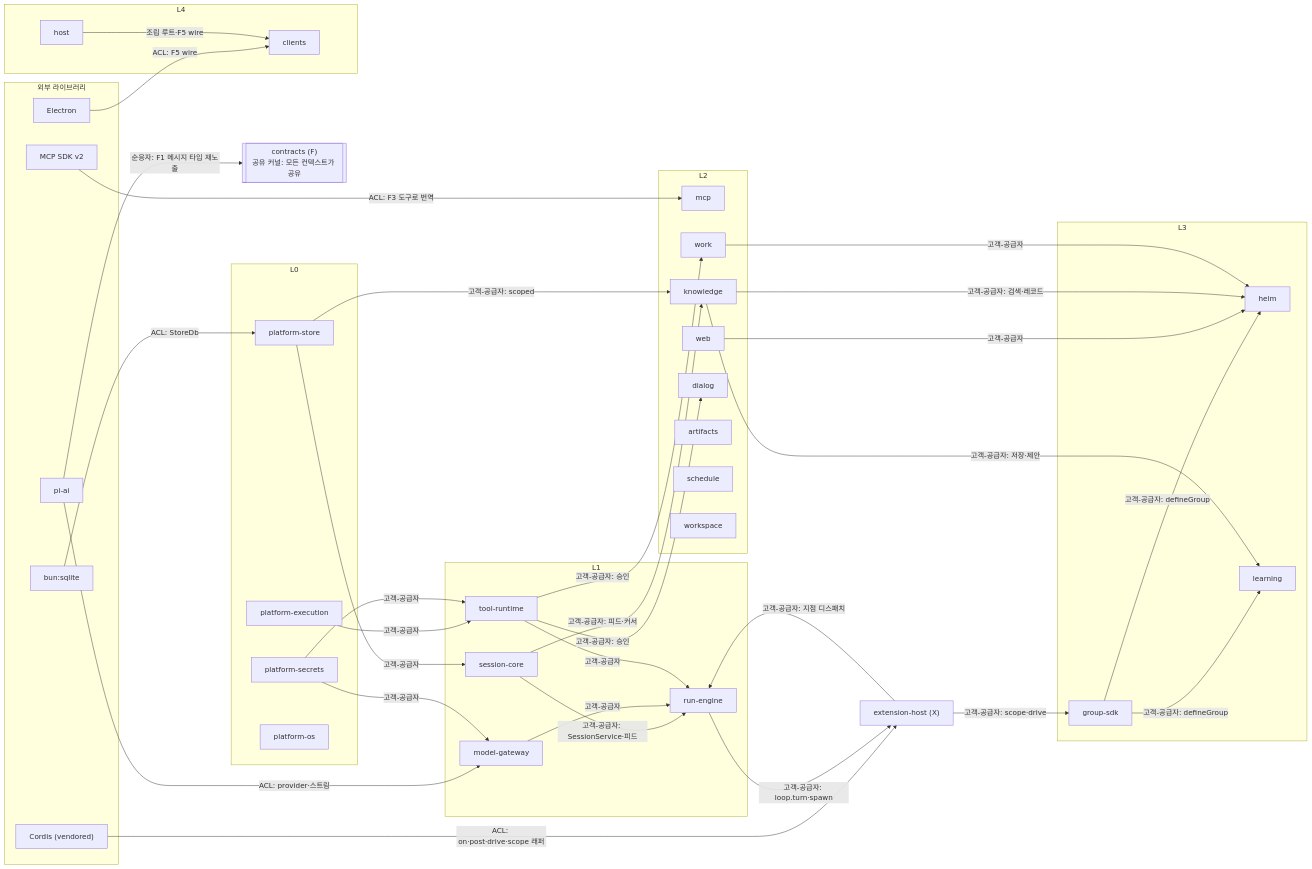
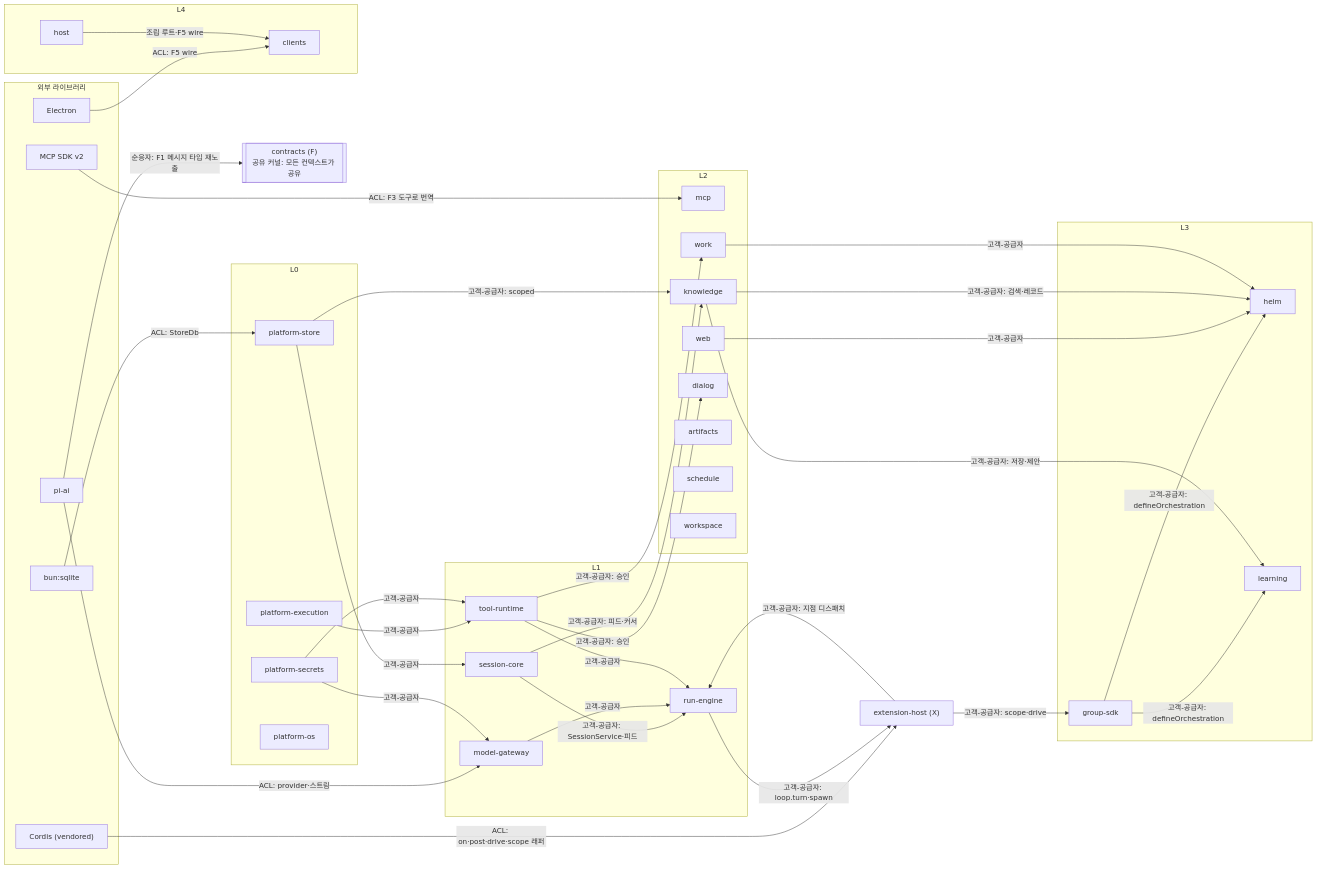
The first of 2 diagrams in docs/xeon/engineering/context-map/design.md (Rengod95/Helm-Agent_Docs_OS), drawn with Mermaid before and after one commit. The commit also changed other lines of this file and 404 other files, not shown here.

````diff
--- a/docs/xeon/engineering/context-map/design.md
+++ b/docs/xeon/engineering/context-map/design.md
@@ -87,72 +87,72 @@
 ```mermaid
 flowchart LR
   subgraph EXTLIB["외부 라이브러리"]
     PIAI["pi-ai"]
     MCPSDK["MCP SDK v2"]
     ELECTRON["Electron"]
     CORDIS["Cordis (vendored)"]
     SQLITE["bun:sqlite"]
   end
   F[["contracts (F)<br/>공유 커널: 모든 컨텍스트가 공유"]]
   subgraph L0["L0"]
     ST["platform-store"]
     PX["platform-execution"]
     SE["platform-secrets"]
     OS["platform-os"]
   end
   XH["extension-host (X)"]
   subgraph L1["L1"]
     SC["session-core"]
     RE["run-engine"]
     MG["model-gateway"]
     TR["tool-runtime"]
   end
   subgraph L2["L2"]
     MCP["mcp"]
     WEB["web"]
     KN["knowledge"]
     WK["work"]
     DL["dialog"]
     AR["artifacts"]
     SH["schedule"]
     WS["workspace"]
   end
   subgraph L3["L3"]
     GK["group-sdk"]
     HE["helm"]
     LE["learning"]
   end
   subgraph L4["L4"]
     CL["clients"]
     HO["host"]
   end
 
   SQLITE -->|"ACL: StoreDb"| ST
   CORDIS -->|"ACL: on·post·drive·scope 래퍼"| XH
   PIAI -->|"순응자: F1 메시지 타입 재노출"| F
   PIAI -->|"ACL: provider·스트림"| MG
   MCPSDK -->|"ACL: F3 도구로 번역"| MCP
   ELECTRON -->|"ACL: F5 wire"| CL
 
   ST -->|"고객-공급자"| SC
   ST -->|"고객-공급자: scoped"| KN
   PX -->|"고객-공급자"| TR
   SE -->|"고객-공급자"| TR
   SE -->|"고객-공급자"| MG
   SC -->|"고객-공급자: SessionService·피드"| RE
   SC -->|"고객-공급자: 피드·커서"| KN
   MG -->|"고객-공급자"| RE
   TR -->|"고객-공급자"| RE
   XH -->|"고객-공급자: 지점 디스패치"| RE
   RE -->|"고객-공급자: loop.turn·spawn"| XH
   TR -->|"고객-공급자: 승인"| DL
   TR -->|"고객-공급자: 승인"| WK
   XH -->|"고객-공급자: scope·drive"| GK
-  GK -->|"고객-공급자: defineGroup"| HE
-  GK -->|"고객-공급자: defineGroup"| LE
+  GK -->|"고객-공급자: defineOrchestration"| HE
+  GK -->|"고객-공급자: defineOrchestration"| LE
   WEB -->|"고객-공급자"| HE
   KN -->|"고객-공급자: 검색·레코드"| HE
   KN -->|"고객-공급자: 저장·제안"| LE
   WK -->|"고객-공급자"| HE
   HO -->|"조립 루트·F5 wire"| CL
 ```
````
